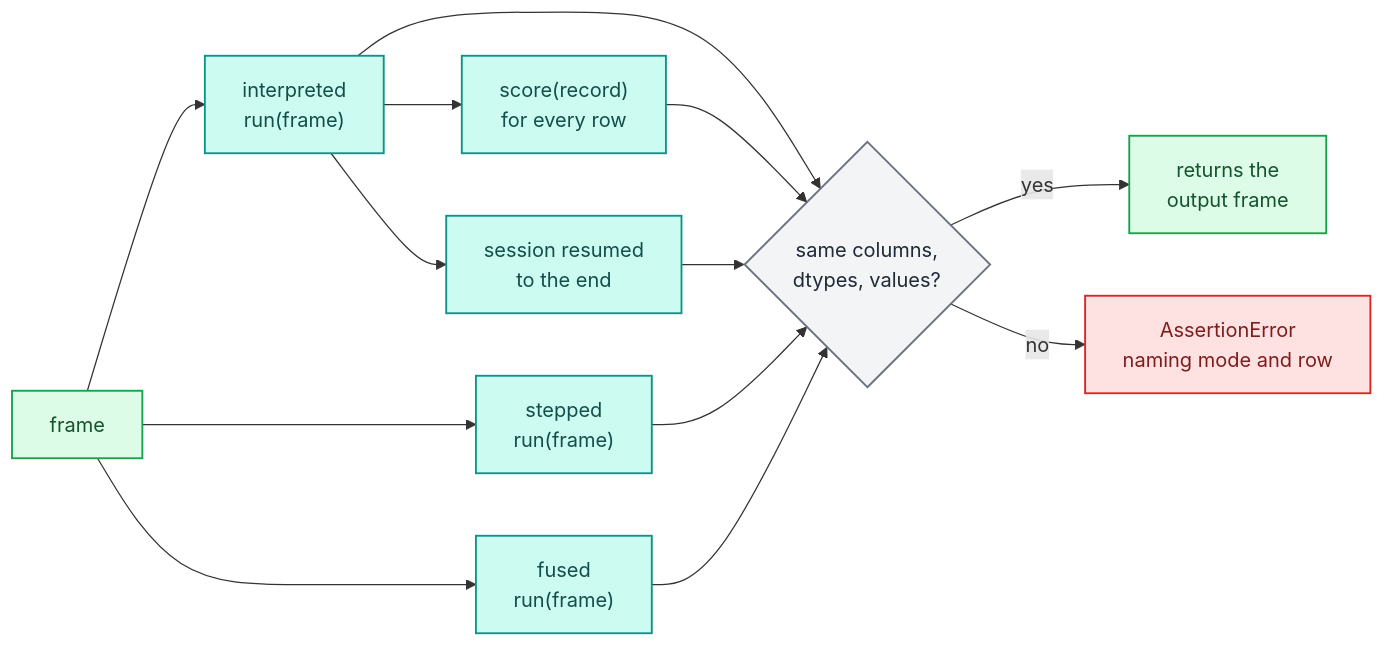
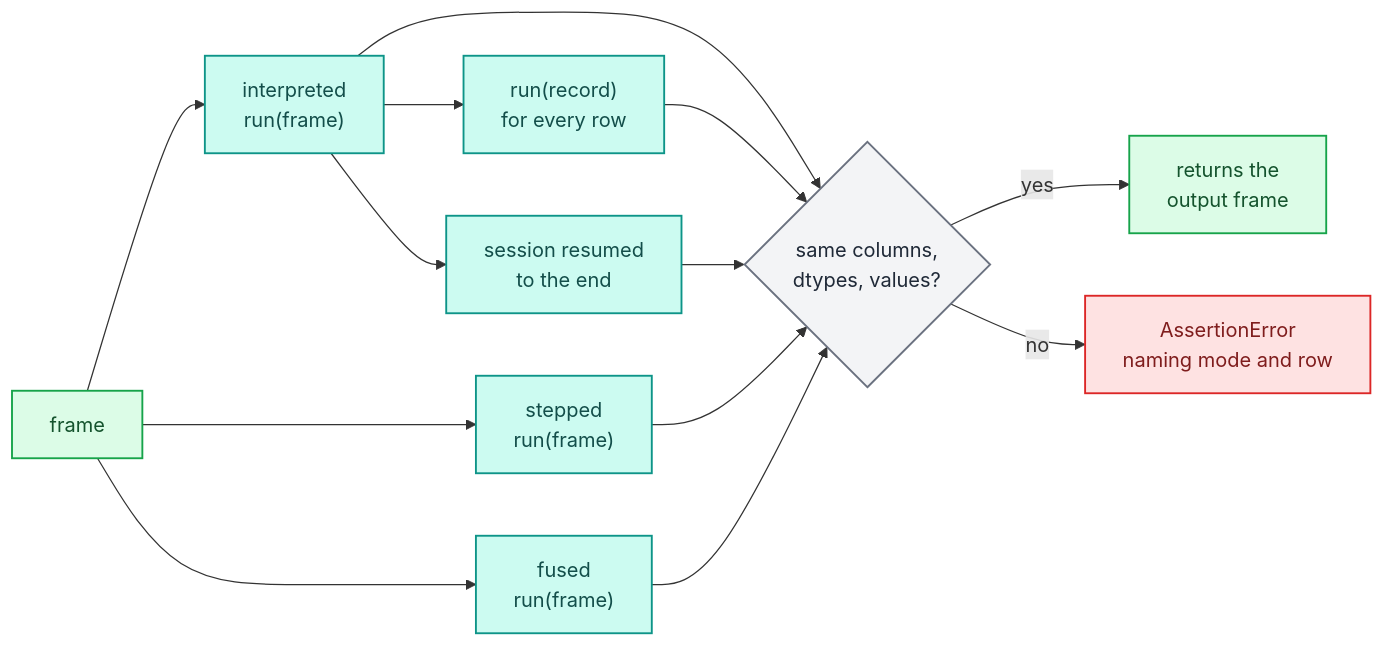
One commit to capitec/dsp-decision-engine changed the second of 2 diagrams in docs/guides/debugging-and-testing.md. Above: the diagram before and after it, drawn with Mermaid. The commit also changed other lines of this file and 55 other files, not shown here.

Commit message:
docs: run takes a dict record or a frame; every score example and mention now says run, and the engine decision records the dispatch order and its cost

````diff
--- a/docs/guides/debugging-and-testing.md
+++ b/docs/guides/debugging-and-testing.md
@@ -513,23 +513,23 @@
 ```mermaid
 flowchart LR
     F["frame"] --> I["interpreted<br/>run(frame)"]
     F --> S["stepped<br/>run(frame)"]
     F --> U["fused<br/>run(frame)"]
     I --> R{"same columns,<br/>dtypes, values?"}
     S --> R
     U --> R
-    I --> P["score(record)<br/>for every row"]
+    I --> P["run(record)<br/>for every row"]
     I --> Q["session resumed<br/>to the end"]
     P --> R
     Q --> R
     R -- yes --> O["returns the<br/>output frame"]
     R -- no --> E["AssertionError<br/>naming mode and row"]
     classDef data fill:#dcfce7,stroke:#16a34a,color:#14532d,stroke-width:1.5px;
     classDef engine fill:#ccfbf1,stroke:#0d9488,color:#134e4a,stroke-width:1.5px;
     classDef err fill:#fee2e2,stroke:#dc2626,color:#7f1d1d,stroke-width:1.5px;
     classDef neutral fill:#f3f4f6,stroke:#6b7280,color:#1f2937,stroke-width:1.5px;
     class F,O data
     class I,S,U,P,Q engine
     class R neutral
     class E err
 ```
````
